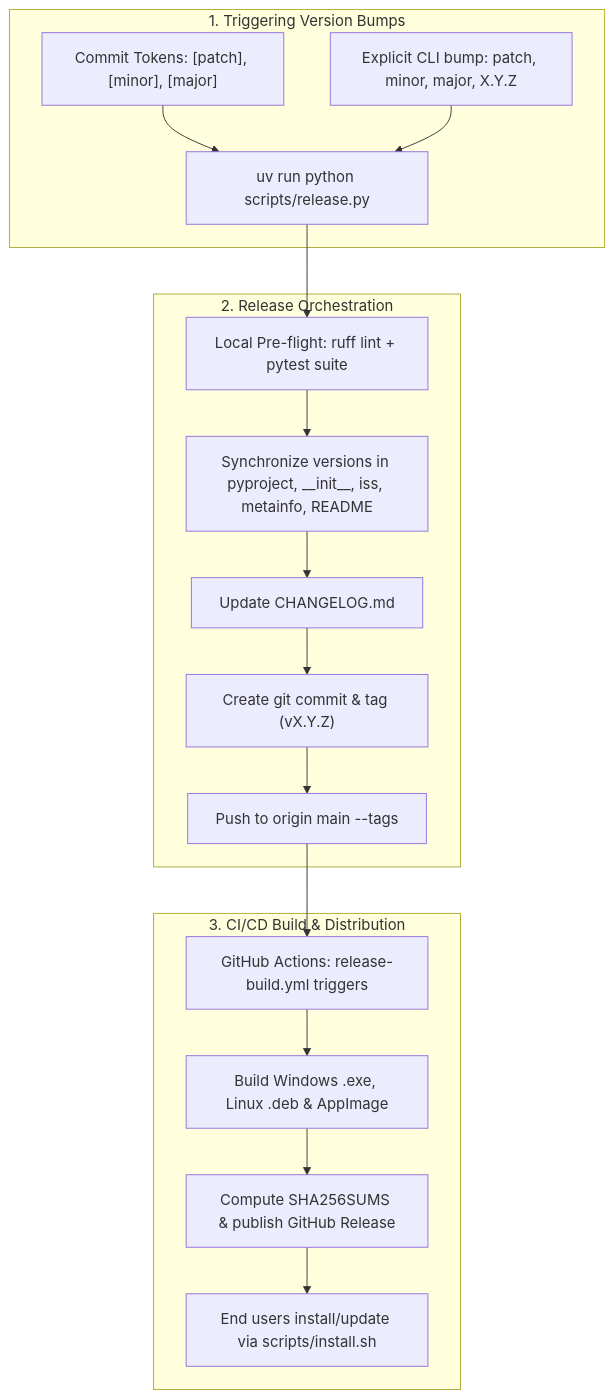
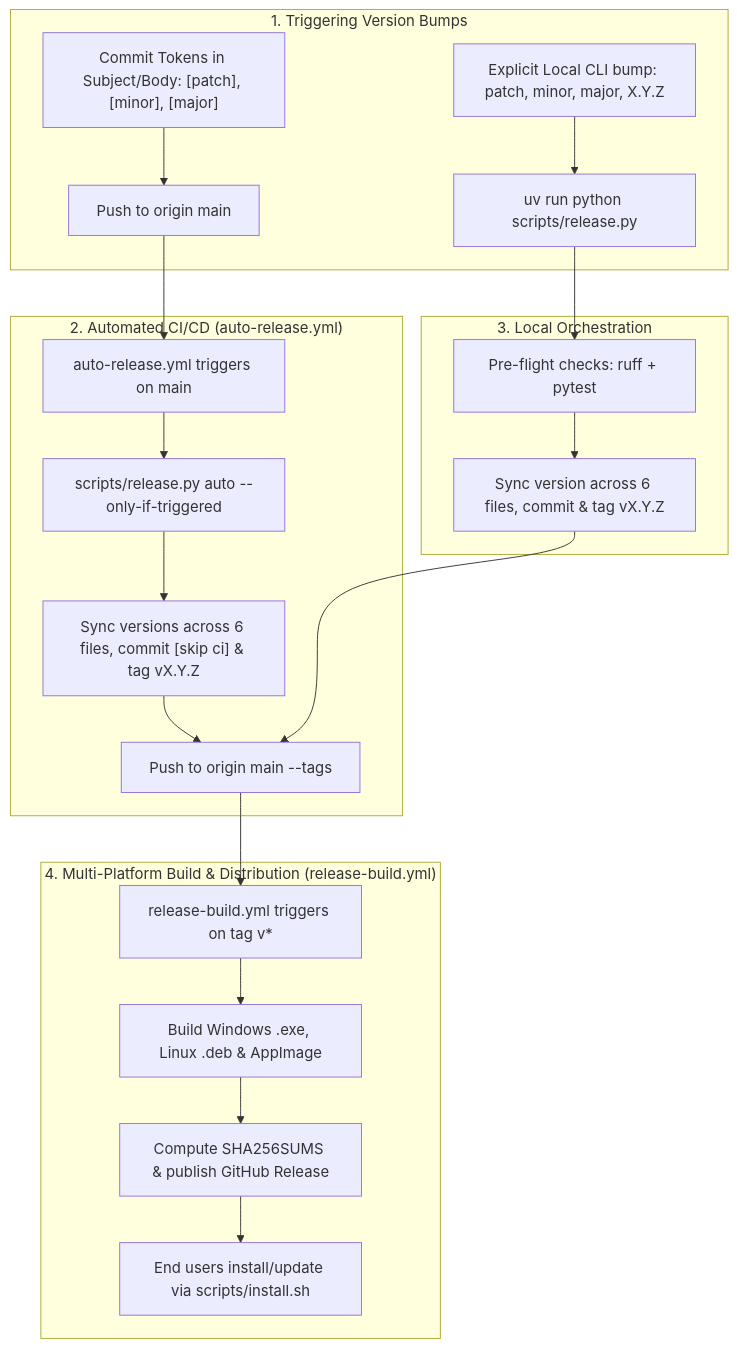
Before and after one commit to dishanagalawatta/SkillManager: the diagram in docs/RELEASING.md, drawn with Mermaid. The commit also changed other lines of this file and 12 other files, not shown here.

First line of the commit message:
feat: implement automated versioning and release process with GitHub Actions

````diff
--- a/docs/RELEASING.md
+++ b/docs/RELEASING.md
@@ -11,22 +11,27 @@
 ```mermaid
 flowchart TD
     subgraph "1. Triggering Version Bumps"
-        A1["Commit Tokens: [patch], [minor], [major]"] --> B["uv run python scripts/release.py"]
-        A2["Explicit CLI bump: patch, minor, major, X.Y.Z"] --> B
+        A1["Commit Tokens in Subject/Body: [patch], [minor], [major]"] --> B["Push to origin main"]
+        A2["Explicit Local CLI bump: patch, minor, major, X.Y.Z"] --> C["uv run python scripts/release.py"]
     end
 
-    subgraph "2. Release Orchestration"
-        B --> C[Local Pre-flight: ruff lint + pytest suite]
-        C --> D[Synchronize versions in pyproject, __init__, iss, metainfo, README]
-        D --> E[Update CHANGELOG.md]
-        E --> F["Create git commit & tag (vX.Y.Z)"]
+    subgraph "2. Automated CI/CD (auto-release.yml)"
+        B --> D["auto-release.yml triggers on main"]
+        D --> E["scripts/release.py auto --only-if-triggered"]
+        E --> F["Sync versions across 6 files, commit [skip ci] & tag vX.Y.Z"]
         F --> G["Push to origin main --tags"]
     end
 
-    subgraph "3. CI/CD Build & Distribution"
-        G --> H["GitHub Actions: release-build.yml triggers"]
-        H --> I["Build Windows .exe, Linux .deb & AppImage"]
-        I --> J["Compute SHA256SUMS & publish GitHub Release"]
-        J --> K["End users install/update via scripts/install.sh"]
+    subgraph "3. Local Orchestration"
+        C --> H["Pre-flight checks: ruff + pytest"]
+        H --> I["Sync version across 6 files, commit & tag vX.Y.Z"]
+        I --> G
+    end
+
+    subgraph "4. Multi-Platform Build & Distribution (release-build.yml)"
+        G --> J["release-build.yml triggers on tag v*"]
+        J --> K["Build Windows .exe, Linux .deb & AppImage"]
+        K --> L["Compute SHA256SUMS & publish GitHub Release"]
+        L --> M["End users install/update via scripts/install.sh"]
     end
 ```
````
